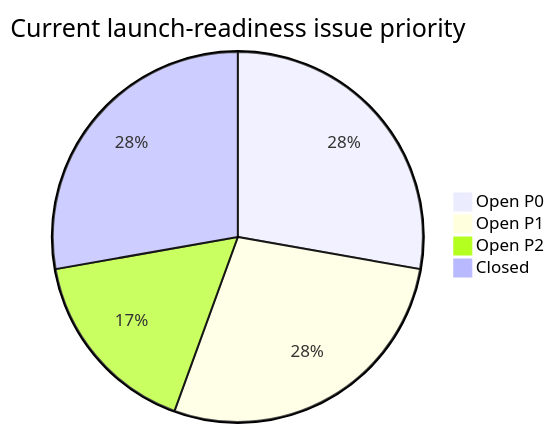
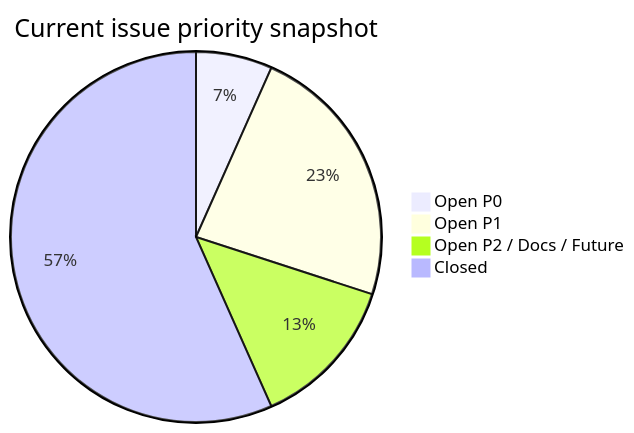
One commit to DK-Digital-Designs/skiip changed the third of 3 diagrams in docs/phase-5/PHASE_5_MOMENTUM_UPDATE.md. Above: the diagram before and after it, drawn with Mermaid. The commit also changed other lines of this file and 15 other files, not shown here.

````diff
--- a/docs/phase-5/PHASE_5_MOMENTUM_UPDATE.md
+++ b/docs/phase-5/PHASE_5_MOMENTUM_UPDATE.md
@@ -47,7 +54,7 @@
 ```mermaid
-pie title Current launch-readiness issue priority
-    "Open P0" : 5
-    "Open P1" : 5
-    "Open P2" : 3
-    "Closed" : 5
+pie title Current issue priority snapshot
+    "Open P0" : 2
+    "Open P1" : 7
+    "Open P2 / Docs / Future" : 4
+    "Closed" : 17
 ```
````
